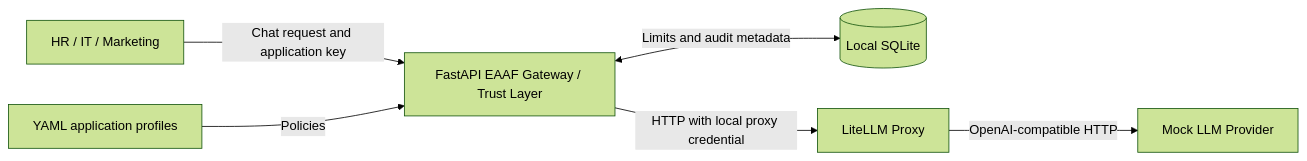
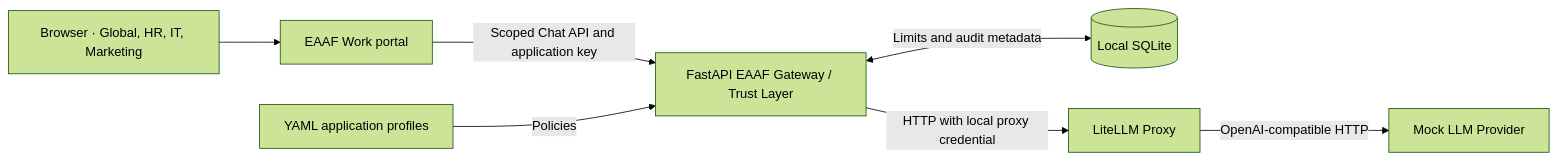
Before and after one commit to tandrian06/eaaf: the diagram in docs/architecture.md, drawn with Mermaid (forest theme). The commit also changed other lines of this file and 1 other file, not shown here.

Commit message:
Document the standalone EAAF Work application

````diff
--- a/docs/architecture.md
+++ b/docs/architecture.md
@@ -5,8 +5,9 @@
 ```mermaid
 flowchart LR
-    Client[HR / IT / Marketing] -->|Chat request and application key| Gateway[FastAPI EAAF Gateway / Trust Layer]
+    Client["Browser · Global, HR, IT, Marketing"] --> Work["EAAF Work portal"]
+    Work -->|Scoped Chat API and application key| Gateway["FastAPI EAAF Gateway / Trust Layer"]
     Profiles[YAML application profiles] -->|Policies| Gateway
     Gateway <-->|Limits and audit metadata| Usage[(Local SQLite)]
     Gateway -->|HTTP with local proxy credential| Proxy[LiteLLM Proxy]
     Proxy -->|OpenAI-compatible HTTP| Mock[Mock LLM Provider]
 ```
````
